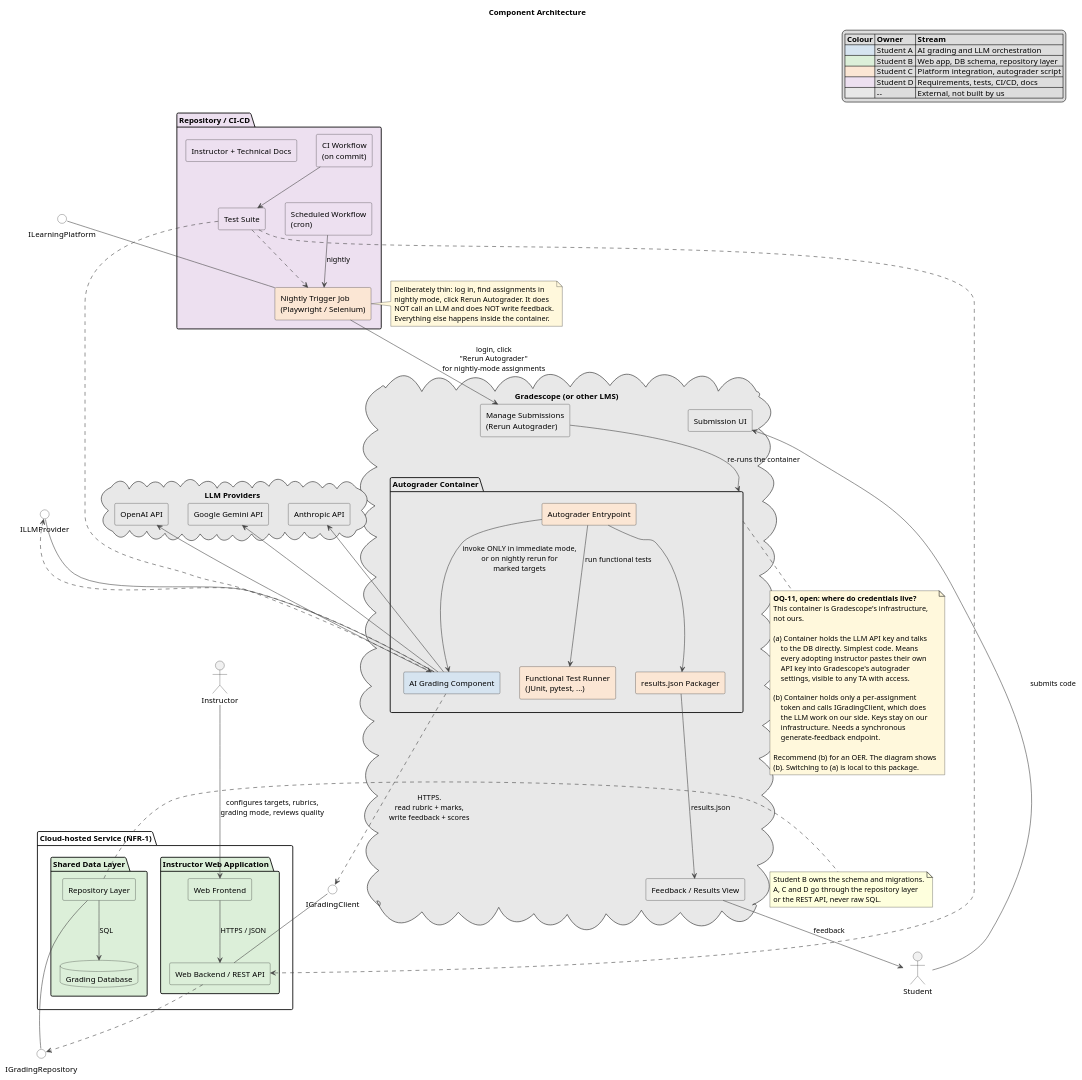
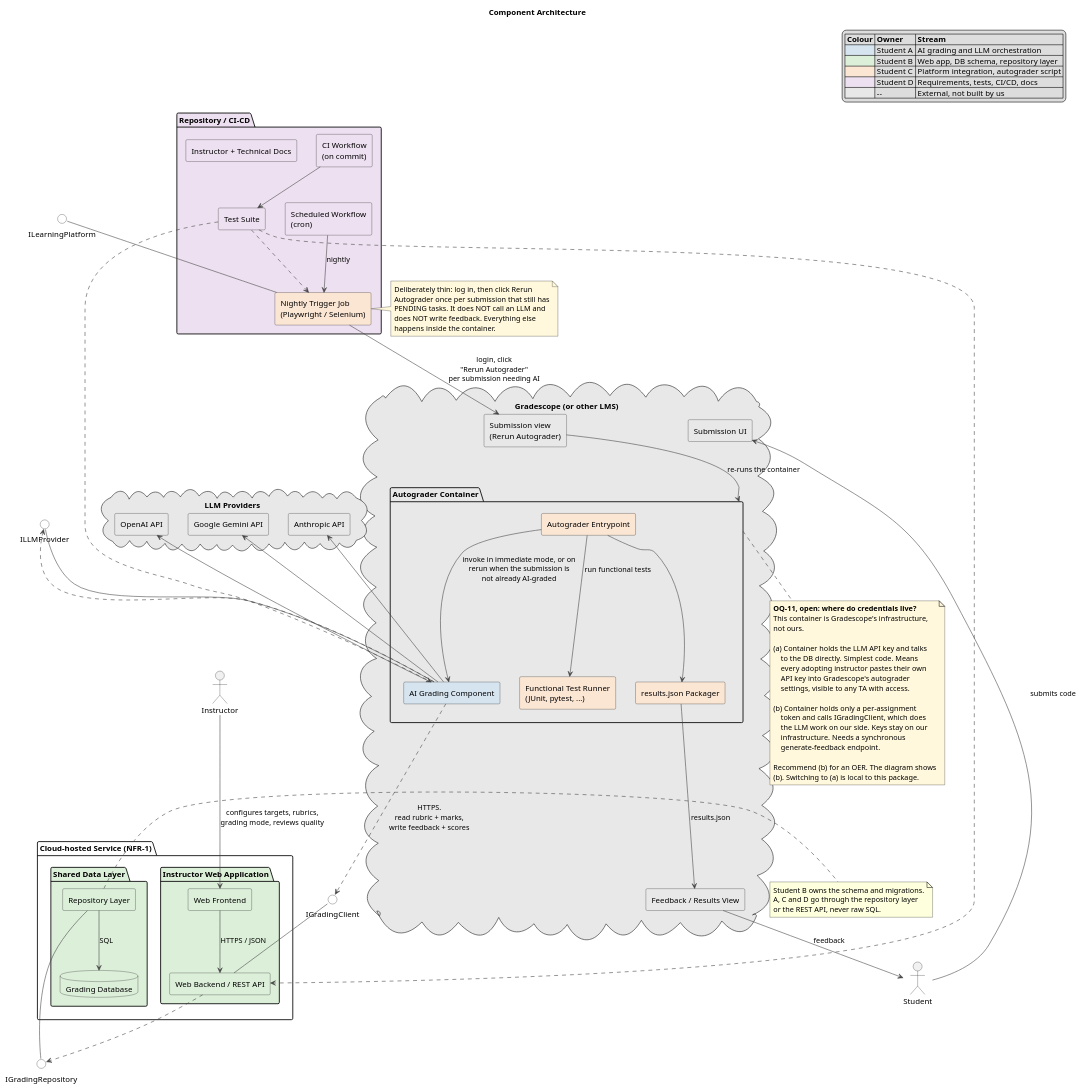
One commit to AI-Assisted-Autograder/ai-assisted-autograder changed the diagram in docs/architecture/01-component.puml. Above: the diagram before and after it, drawn with PlantUML. The commit also changed 8 other files, not shown here.

Commit message:
More clarifications on when the AI autograder is triggered.

```diff
--- a/docs/architecture/01-component.puml
+++ b/docs/architecture/01-component.puml
@@ -1,159 +1,160 @@
 @startuml 01-component
 ' =====================================================================
 ' Automated Code Feedback -- Component Architecture
 ' Traces to: NFR-3, NFR-4, NFR-11, FR-37, FR-38, FR-39
 '
 ' Key structural fact: the AI grading component runs INSIDE the
 ' platform autograder script, in both immediate and nightly mode. The
 ' nightly job runner only triggers reruns. It does not generate
 ' feedback.
 ' =====================================================================
 
 title Component Architecture
 
 skinparam componentStyle rectangle
 skinparam shadowing false
 skinparam defaultFontName Helvetica
 skinparam ArrowColor #444444
 skinparam InterfaceBackgroundColor #FFFFFF
 
 legend top right
   |= Colour |= Owner |= Stream |
   |<#D6E4F0>| Student A | AI grading and LLM orchestration |
   |<#DCEFD9>| Student B | Web app, DB schema, repository layer |
   |<#FBE6D4>| Student C | Platform integration, autograder script |
   |<#EDE0F0>| Student D | Requirements, tests, CI/CD, docs |
   |<#E8E8E8>| -- | External, not built by us |
 endlegend
 
 actor Instructor as instr
 actor Student as stud
 
 ' ---------------------------------------------------------------------
 ' Our cloud service
 ' ---------------------------------------------------------------------
 package "Cloud-hosted Service (NFR-1)" {
 
   package "Instructor Web Application" #DCEFD9 {
     [Web Frontend] as fe #DCEFD9
     [Web Backend / REST API] as be #DCEFD9
   }
 
   package "Shared Data Layer" #DCEFD9 {
     [Repository Layer] as repo #DCEFD9
     database "Grading Database" as db #DCEFD9
   }
 }
 
 ' ---------------------------------------------------------------------
 ' Inside the LMS autograder container -- NOT our infrastructure
 ' ---------------------------------------------------------------------
 cloud "Gradescope (or other LMS)" as gs #E8E8E8 {
 
   [Submission UI] as gs_ui #E8E8E8
   [Feedback / Results View] as gs_fb #E8E8E8
-  [Manage Submissions\n(Rerun Autograder)] as gs_rerun #E8E8E8
+  [Submission view\n(Rerun Autograder)] as gs_rerun #E8E8E8
 
   package "Autograder Container" as agbox #E8E8E8 {
     [Autograder Entrypoint] as ag #FBE6D4
     [Functional Test Runner\n(JUnit, pytest, ...)] as junit #FBE6D4
     [results.json Packager] as packager #FBE6D4
     [AI Grading Component] as aigrade #D6E4F0
   }
 }
 
 cloud "LLM Providers" as llms #E8E8E8 {
   [Anthropic API] as p_claude #E8E8E8
   [OpenAI API] as p_openai #E8E8E8
   [Google Gemini API] as p_gemini #E8E8E8
 }
 
 ' ---------------------------------------------------------------------
 ' Nightly trigger -- thin by design
 ' ---------------------------------------------------------------------
 package "Repository / CI-CD" #EDE0F0 {
   [Nightly Trigger Job\n(Playwright / Selenium)] as trigger #FBE6D4
   [Scheduled Workflow\n(cron)] as cron #EDE0F0
   [CI Workflow\n(on commit)] as ci #EDE0F0
   [Test Suite] as tests #EDE0F0
   [Instructor + Technical Docs] as docs #EDE0F0
 }
 
 ' ---------------------------------------------------------------------
 ' Published interfaces -- THE CONTRACTS
 ' ---------------------------------------------------------------------
 interface "IGradingRepository" as IRepo
 interface "ILearningPlatform" as IPlat
 interface "ILLMProvider" as ILLM
 interface "IGradingClient" as IClient
 
 repo -up- IRepo
 trigger -up- IPlat
 aigrade -up- ILLM
 be -up- IClient
 
 ' ---------------------------------------------------------------------
 ' Wiring
 ' ---------------------------------------------------------------------
 instr --> fe : configures targets, rubrics,\ngrading mode, reviews quality
 fe --> be : HTTPS / JSON
 be ..> IRepo
 repo --> db : SQL
 
 stud --> gs_ui : submits code
 ag --> junit : run functional tests
-ag --> aigrade : invoke ONLY in immediate mode,\nor on nightly rerun for\nmarked targets
+ag --> aigrade : invoke in immediate mode, or on\nrerun when the submission is\nnot already AI-graded
 ag --> packager
 packager --> gs_fb : results.json
 gs_fb --> stud : feedback
 
 aigrade ..> IClient : HTTPS.\nread rubric + marks,\nwrite feedback + scores
 aigrade ..> ILLM
 p_claude <-- aigrade
 p_openai <-- aigrade
 p_gemini <-- aigrade
 
 cron --> trigger : nightly
-trigger --> gs_rerun : login, click\n"Rerun Autograder"\nfor nightly-mode assignments
+trigger --> gs_rerun : login, click\n"Rerun Autograder"\nper submission needing AI
 gs_rerun --> agbox : re-runs the container
 
 ci --> tests
 tests ..> be
 tests ..> aigrade
 tests ..> trigger
 
 note bottom of agbox #FFF8DC
   **OQ-11, open: where do credentials live?**
   This container is Gradescope's infrastructure,
   not ours.
 
   (a) Container holds the LLM API key and talks
       to the DB directly. Simplest code. Means
       every adopting instructor pastes their own
       API key into Gradescope's autograder
       settings, visible to any TA with access.
 
   (b) Container holds only a per-assignment
       token and calls IGradingClient, which does
       the LLM work on our side. Keys stay on our
       infrastructure. Needs a synchronous
       generate-feedback endpoint.
 
   Recommend (b) for an OER. The diagram shows
   (b). Switching to (a) is local to this package.
 end note
 
 note right of trigger #FFF8DC
-  Deliberately thin: log in, find assignments in
-  nightly mode, click Rerun Autograder. It does
-  NOT call an LLM and does NOT write feedback.
-  Everything else happens inside the container.
+  Deliberately thin: log in, then click Rerun
+  Autograder once per submission that still has
+  PENDING tasks. It does NOT call an LLM and
+  does NOT write feedback. Everything else
+  happens inside the container.
 end note
 
 note right of repo
   Student B owns the schema and migrations.
   A, C and D go through the repository layer
   or the REST API, never raw SQL.
 end note
 
 @enduml
```
